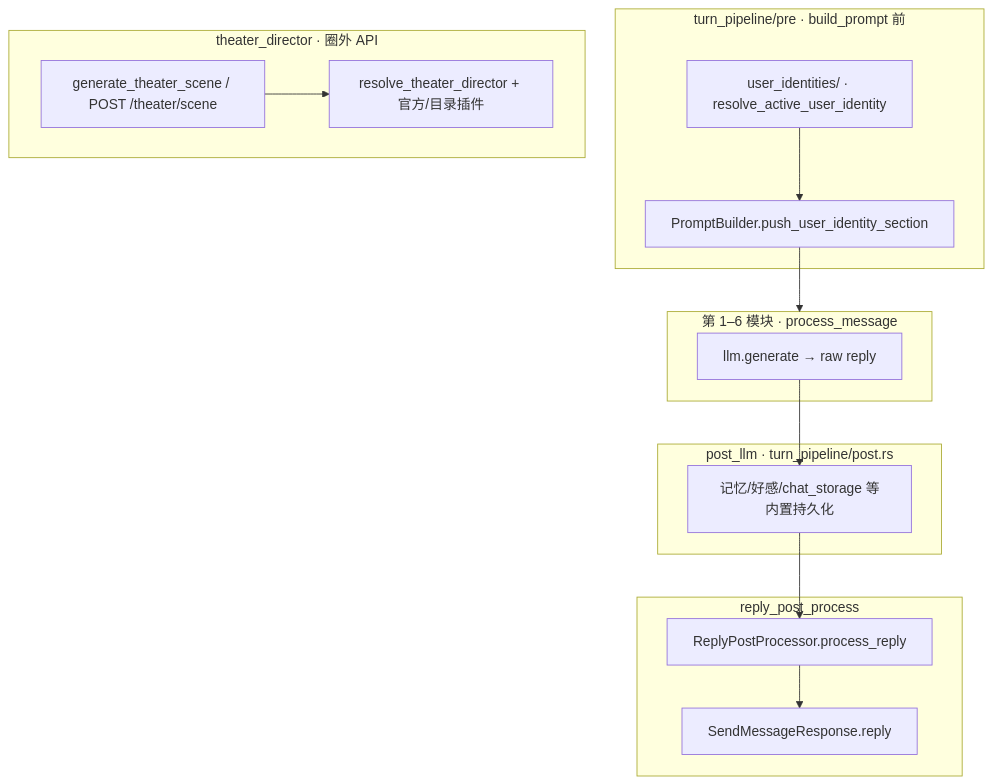
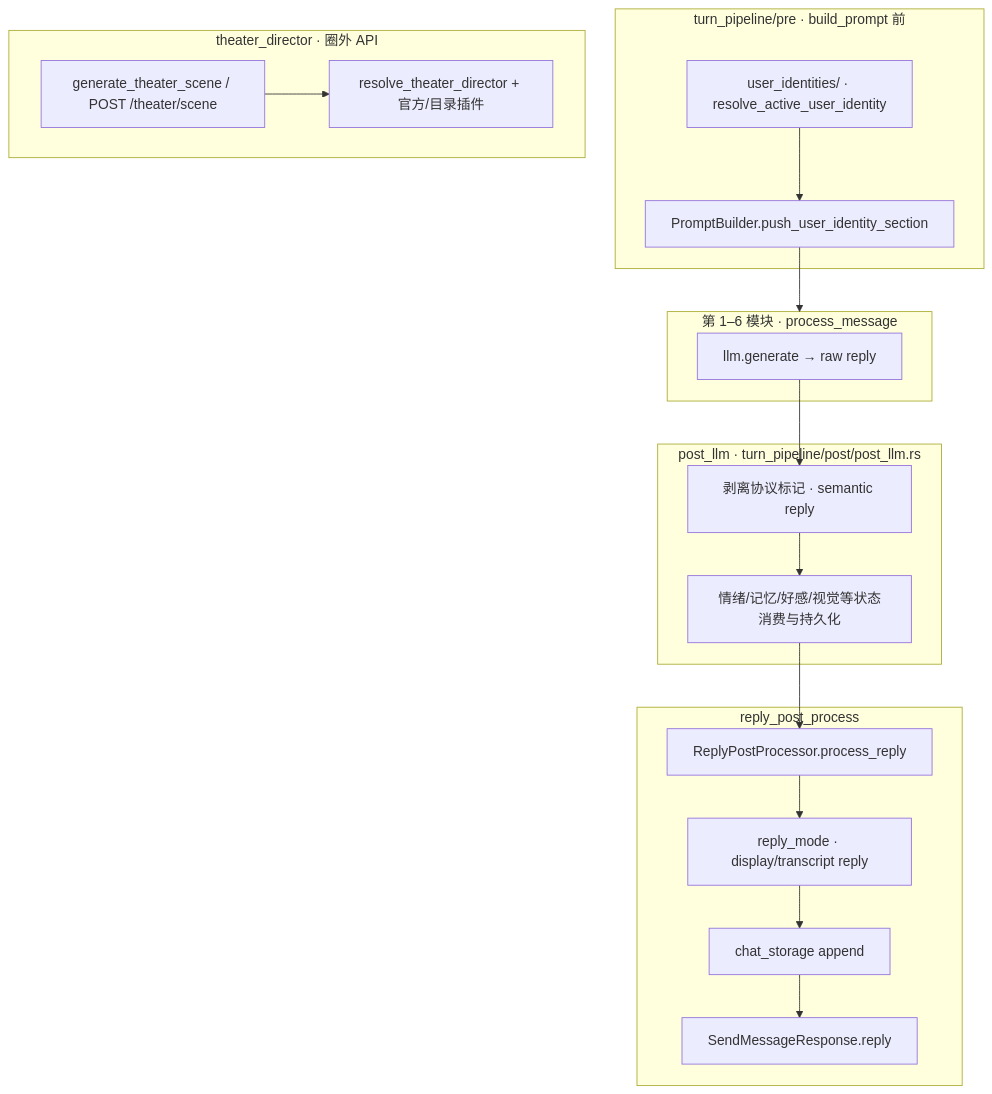
Before and after one commit to linkaiheng2233-cyber/oclivenewnew: the second of 2 diagrams in creator-docs/getting-started/OCLIVE_ARCHITECTURE_OVERVIEW.md, drawn with Mermaid. The commit also changed other lines of this file and 231 other files, not shown here.

Commit message:
docs(architecture): align project around tool kernel

````diff
--- a/creator-docs/getting-started/OCLIVE_ARCHITECTURE_OVERVIEW.md
+++ b/creator-docs/getting-started/OCLIVE_ARCHITECTURE_OVERVIEW.md
@@ -262,27 +269,33 @@
 ```mermaid
 flowchart TB
   subgraph pre [turn_pipeline/pre · build_prompt 前]
     UI[user_identities/ · resolve_active_user_identity]
     PB[PromptBuilder.push_user_identity_section]
     UI --> PB
   end
   subgraph slots [第 1–6 模块 · process_message]
     LLM[llm.generate → raw reply]
   end
-  subgraph builtin_post [post_llm · turn_pipeline/post.rs]
-    PERSIST[记忆/好感/chat_storage 等内置持久化]
+  subgraph builtin_post [post_llm · turn_pipeline/post/post_llm.rs]
+    SEMANTIC[剥离协议标记 · semantic reply]
+    STATE[情绪/记忆/好感/视觉等状态消费与持久化]
+    SEMANTIC --> STATE
   end
   subgraph pp [reply_post_process]
     PROC[ReplyPostProcessor.process_reply]
+    DISPLAY[reply_mode · display/transcript reply]
+    CHAT[chat_storage append]
     OUT[SendMessageResponse.reply]
-    PROC --> OUT
+    PROC --> DISPLAY
+    DISPLAY --> CHAT
+    CHAT --> OUT
   end
   subgraph theater [theater_director · 圈外 API]
     API[generate_theater_scene / POST /theater/scene]
     SD[resolve_theater_director + 官方/目录插件]
     API --> SD
   end
   PB --> slots
-  LLM --> PERSIST
-  PERSIST --> PROC
+  LLM --> SEMANTIC
+  STATE --> PROC
 ```
````
